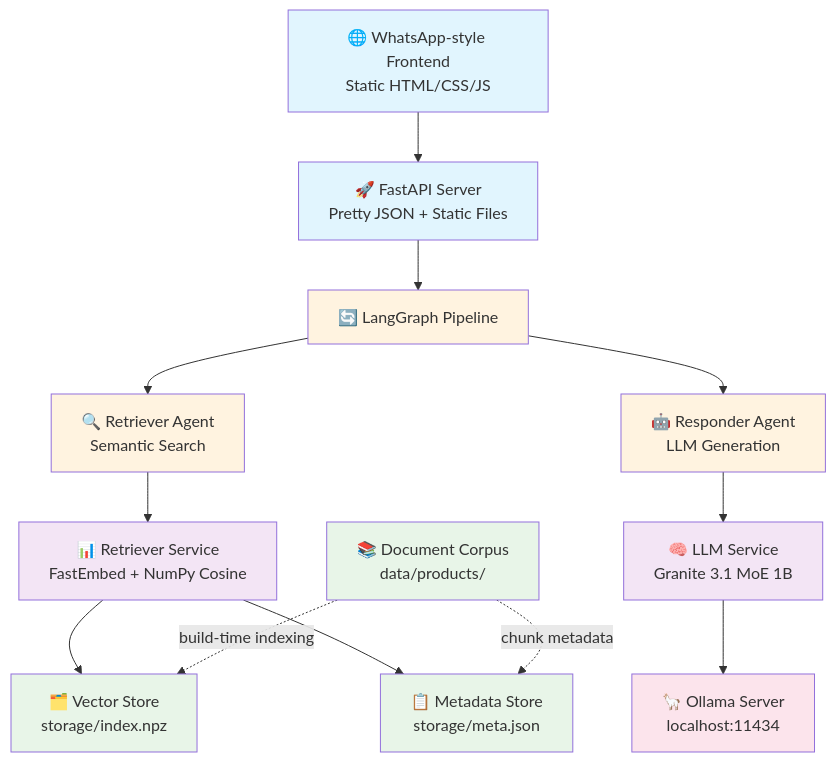
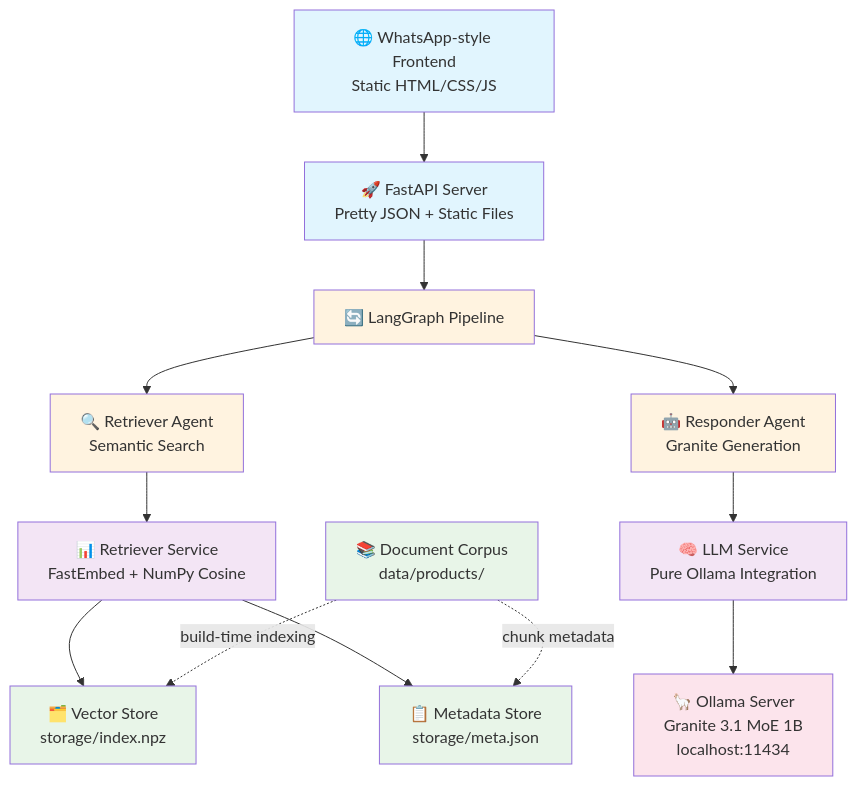
One commit to lucianareynaud/rag-tech changed the diagram in README.md. Above: the diagram before and after it, drawn with Mermaid. The commit also changed other lines of this file and 4 other files, not shown here.

````diff
--- a/README.md
+++ b/README.md
@@ -43,51 +43,51 @@
 ```mermaid
 graph TB
     %% User Interface Layer
     UI[🌐 WhatsApp-style Frontend<br/>Static HTML/CSS/JS]
     API[🚀 FastAPI Server<br/>Pretty JSON + Static Files]
     
     %% Agent Pipeline Layer
     Pipeline[🔄 LangGraph Pipeline]
     RA[🔍 Retriever Agent<br/>Semantic Search]
-    RespA[🤖 Responder Agent<br/>LLM Generation]
+    RespA[🤖 Responder Agent<br/>Granite Generation]
     
     %% Core Services Layer
     Retriever[📊 Retriever Service<br/>FastEmbed + NumPy Cosine]
-    LLM[🧠 LLM Service<br/>Granite 3.1 MoE 1B]
+    LLM[🧠 LLM Service<br/>Pure Ollama Integration]
     
     %% Data Layer
     VectorStore[🗂️ Vector Store<br/>storage/index.npz]
     MetaStore[📋 Metadata Store<br/>storage/meta.json]
     Corpus[📚 Document Corpus<br/>data/products/]
     
     %% External Tools
-    Ollama[🦙 Ollama Server<br/>localhost:11434]
+    Ollama[🦙 Ollama Server<br/>Granite 3.1 MoE 1B<br/>localhost:11434]
     
     %% Flow connections
     UI --> API
     API --> Pipeline
     Pipeline --> RA
     Pipeline --> RespA
     RA --> Retriever
     RespA --> LLM
     Retriever --> VectorStore
     Retriever --> MetaStore
     LLM --> Ollama
     
     %% Data ingestion flow
     Corpus -.-> |build-time indexing| VectorStore
     Corpus -.-> |chunk metadata| MetaStore
     
     %% Styling
     classDef frontend fill:#e1f5fe
     classDef agent fill:#fff3e0
     classDef service fill:#f3e5f5
     classDef storage fill:#e8f5e8
     classDef external fill:#fce4ec
     
     class UI,API frontend
     class Pipeline,RA,RespA agent
     class Retriever,LLM service
     class VectorStore,MetaStore,Corpus storage
     class Ollama external
 ```
````
